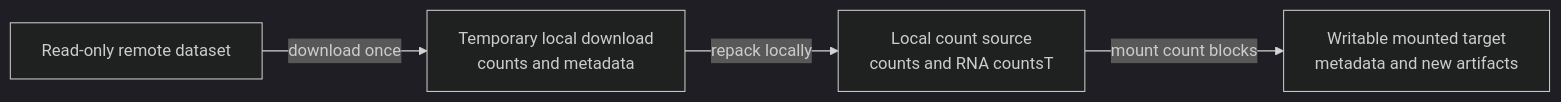
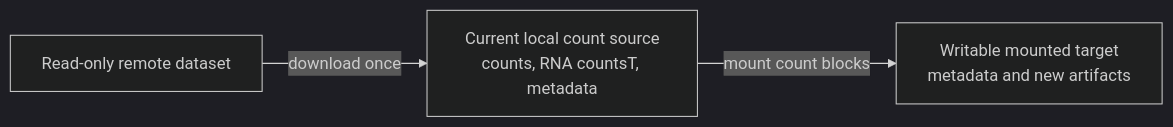
Before and after one commit to NygenAnalytics/scarf: the diagram in docs/source/tutorials/remote_stores.md, drawn with Mermaid (dark theme). The commit also changed other lines of this file and 144 other files, not shown here.

````diff
--- a/docs/source/tutorials/remote_stores.md
+++ b/docs/source/tutorials/remote_stores.md
@@ -141,10 +128,8 @@
 ```{mermaid}
 flowchart LR
     source["Read-only remote dataset"]
-    staged["Temporary local download<br/>counts and metadata"]
-    repack["Local count source<br/>counts and RNA countsT"]
+    staged["Current local count source<br/>counts, RNA countsT, metadata"]
     target["Writable mounted target<br/>metadata and new artifacts"]
     source -->|download once| staged
-    staged -->|repack locally| repack
-    repack -->|mount count blocks| target
+    staged -->|mount count blocks| target
 ```
````
